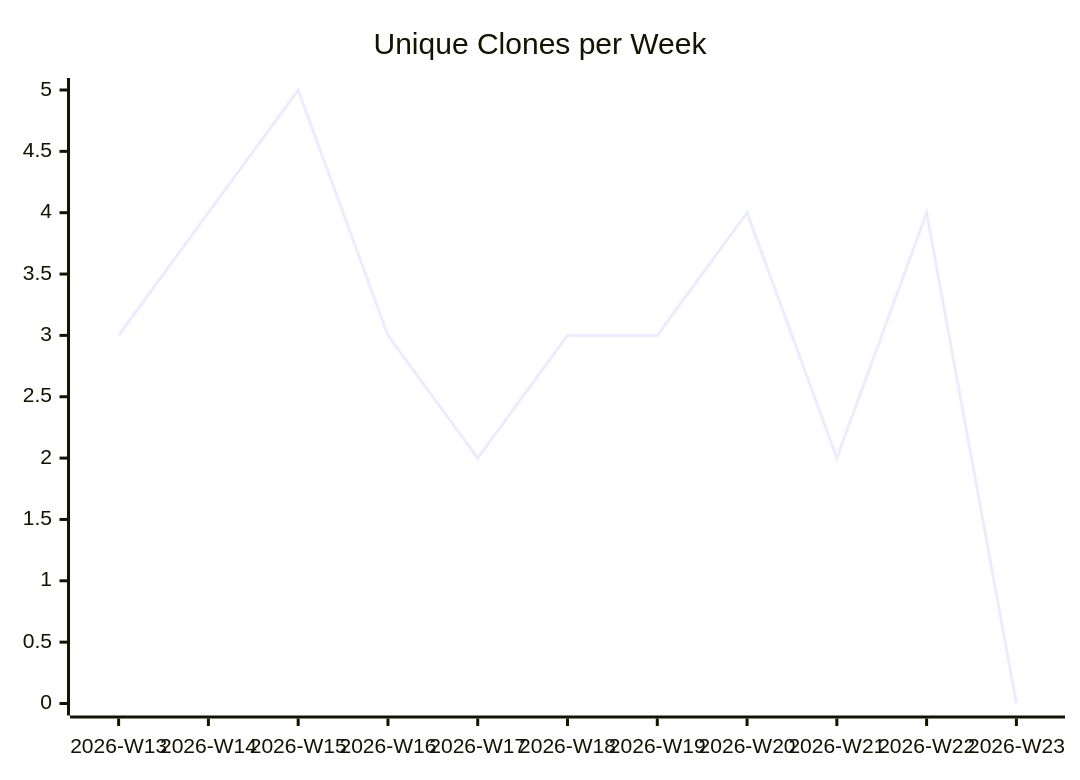
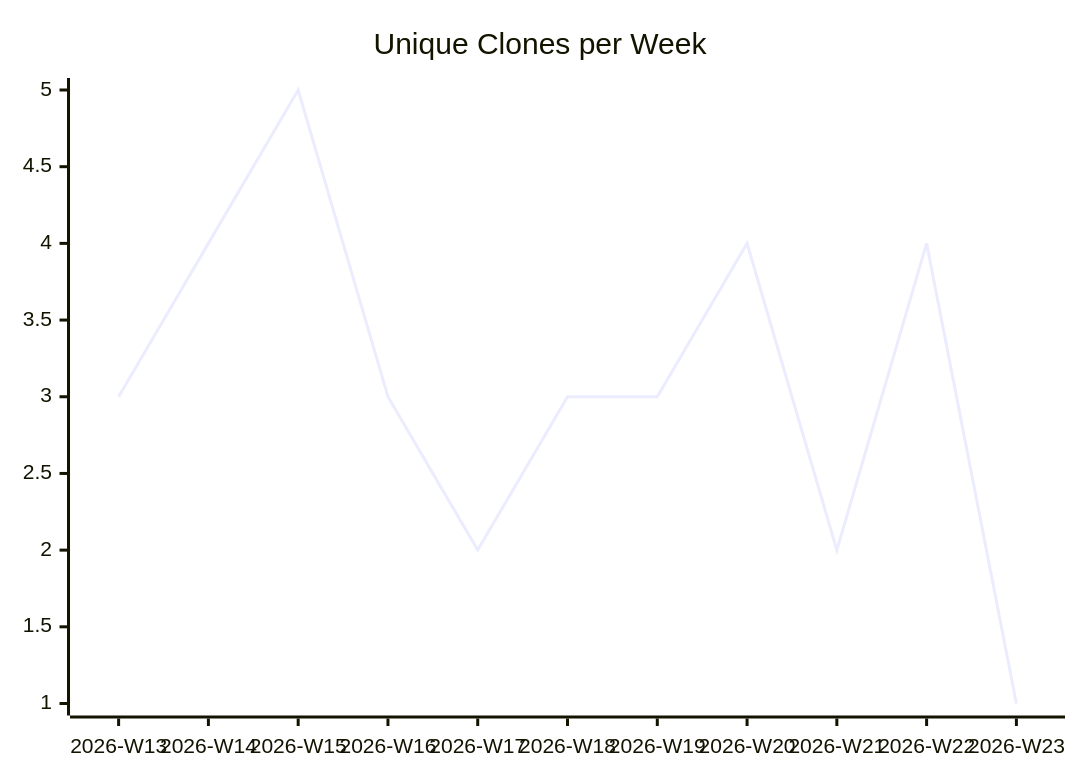
Before and after one commit to justdavis-family/github-analytics-data: the third of 3 diagrams in karlmdavis/justdavis-karl/README.md, drawn with Mermaid. The commit also changed other lines of this file and 189 other files, not shown here.

````diff
--- a/karlmdavis/justdavis-karl/README.md
+++ b/karlmdavis/justdavis-karl/README.md
@@ -19,6 +19,6 @@
 ```mermaid
 xychart-beta
   title "Unique Clones per Week"
   x-axis ["2026-W13", "2026-W14", "2026-W15", "2026-W16", "2026-W17", "2026-W18", "2026-W19", "2026-W20", "2026-W21", "2026-W22", "2026-W23"]
-  line [3, 4, 5, 3, 2, 3, 3, 4, 2, 4, 0]
+  line [3, 4, 5, 3, 2, 3, 3, 4, 2, 4, 1]
 ```
````
